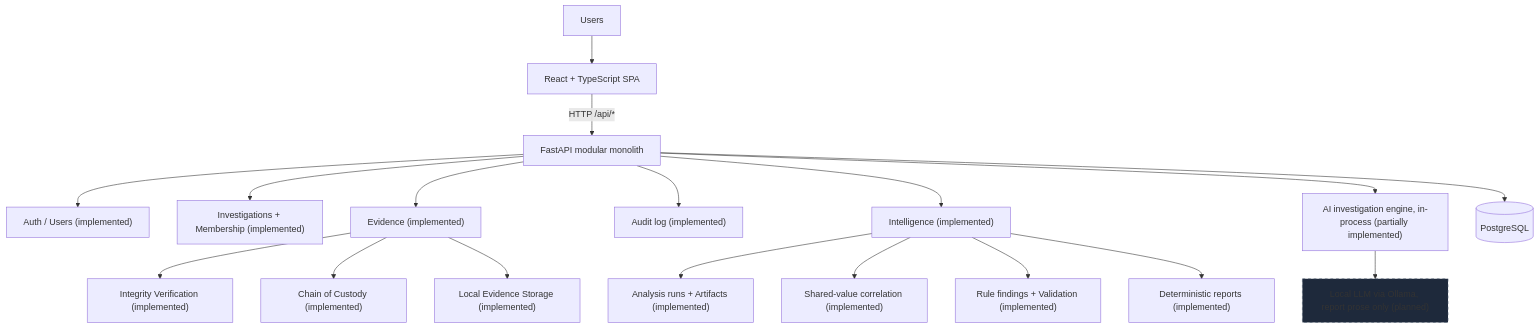
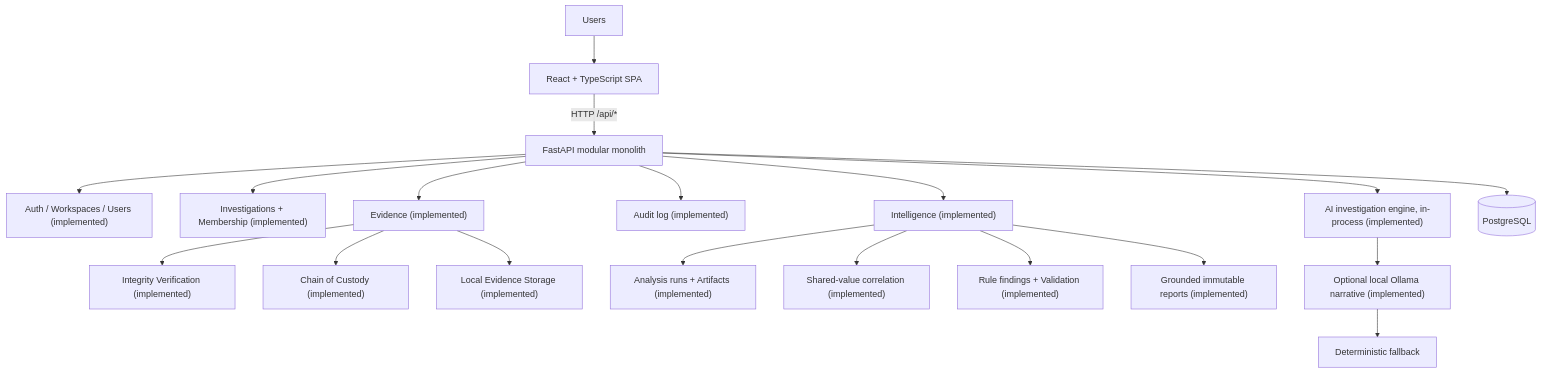
One commit to shikhar-sahay/provena changed the second of 3 diagrams in docs/architecture.md. Above: the diagram before and after it, drawn with Mermaid. The commit also changed other lines of this file and 6 other files, not shown here.

````diff
--- a/docs/architecture.md
+++ b/docs/architecture.md
@@ -9,21 +53,21 @@
 ```mermaid
 flowchart TB
     Users --> SPA["React + TypeScript SPA"]
     SPA -->|"HTTP /api/*"| API["FastAPI modular monolith"]
-    API --> Auth["Auth / Users (implemented)"]
+    API --> Auth["Auth / Workspaces / Users (implemented)"]
     API --> Inv["Investigations + Membership (implemented)"]
     API --> Ev["Evidence (implemented)"]
     Ev --> Integ["Integrity Verification (implemented)"]
     Ev --> Cust["Chain of Custody (implemented)"]
     Ev --> Store["Local Evidence Storage (implemented)"]
     API --> Audit["Audit log (implemented)"]
     API --> Intel["Intelligence (implemented)"]
     Intel --> Runs["Analysis runs + Artifacts (implemented)"]
     Intel --> Corr["Shared-value correlation (implemented)"]
     Intel --> Find["Rule findings + Validation (implemented)"]
-    Intel --> Rep["Deterministic reports (implemented)"]
-    API --> AI["AI investigation engine, in-process (partially implemented)"]
-    AI --> LLM["Local LLM via Ollama, report prose only (planned)"]
+    Intel --> Rep["Grounded immutable reports (implemented)"]
+    API --> AI["AI investigation engine, in-process (implemented)"]
+    AI --> LLM["Optional local Ollama narrative (implemented)"]
+    LLM --> Fall["Deterministic fallback"]
     API --> PG[("PostgreSQL")]
-    style LLM fill:#1e293b,stroke:#475569,stroke-dasharray: 5 5
 ```
````
